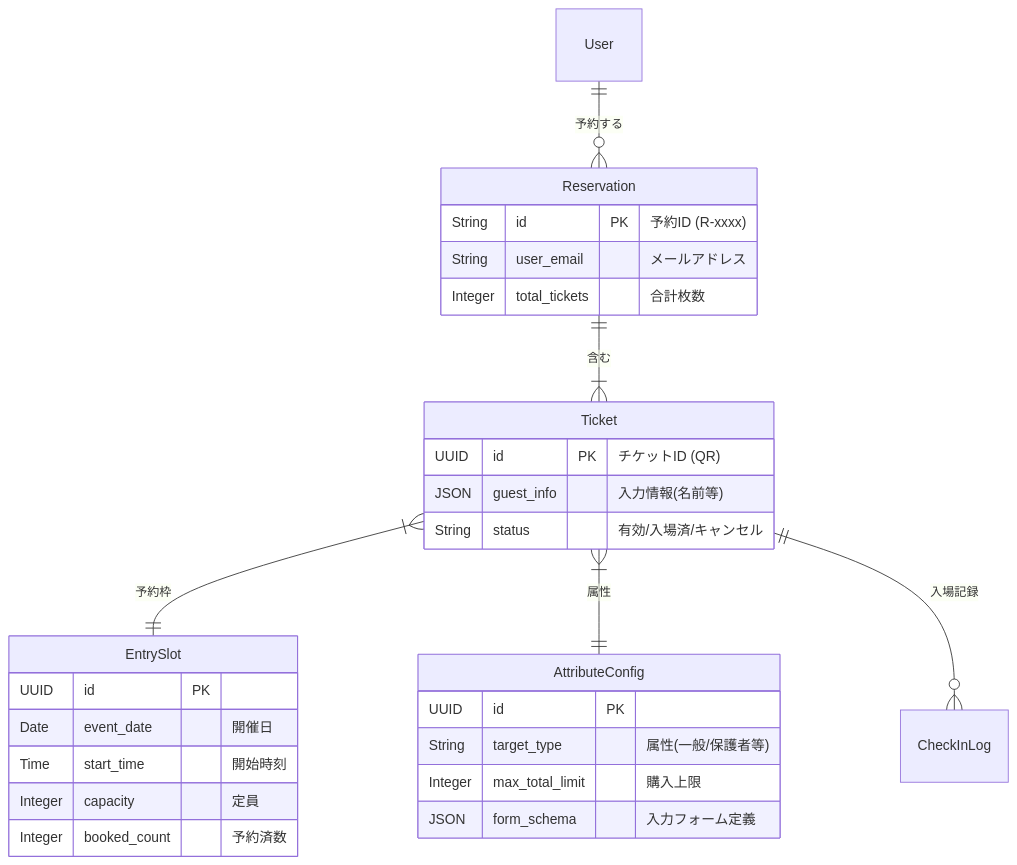
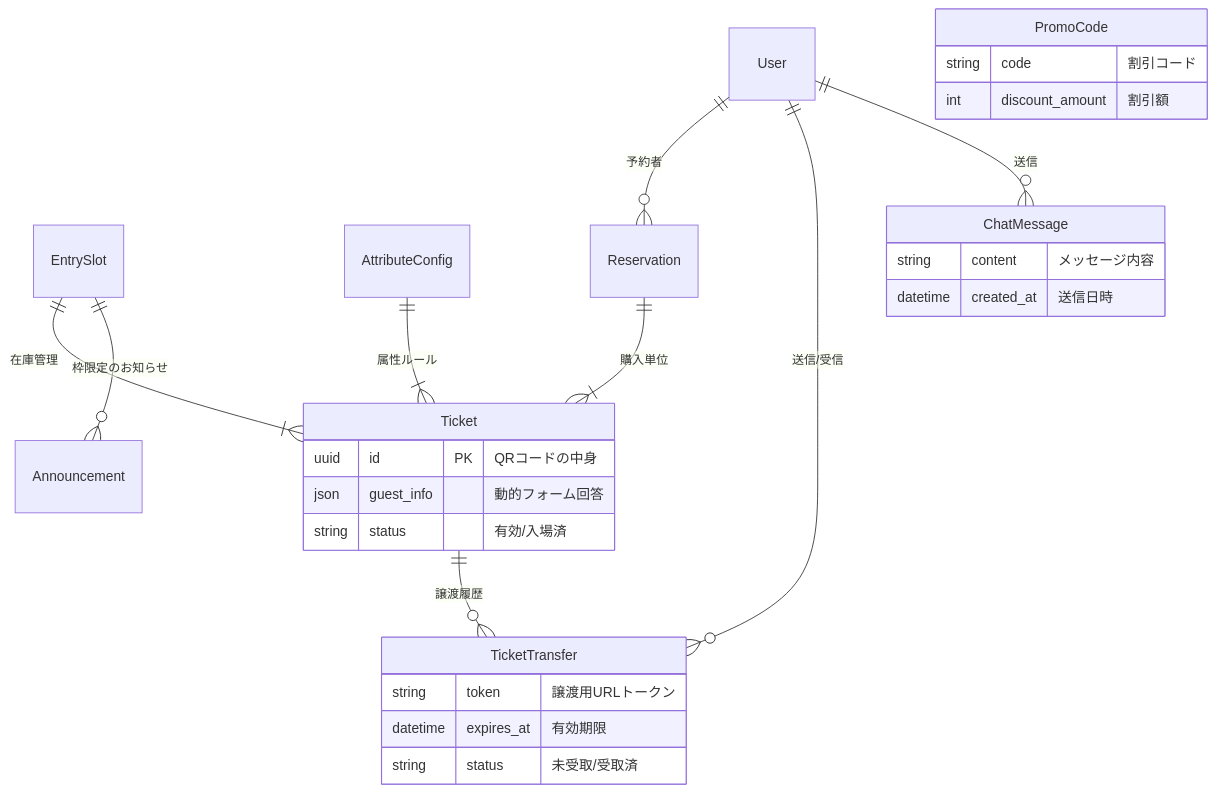
Before and after one commit to takumitakumiq/newness: the second of 4 diagrams in README.md, drawn with Mermaid. The commit also changed other lines of this file and 2 other files, not shown here.

Commit message:
Update documentation with comprehensive system details and diagrams

````diff
--- a/README.md
+++ b/README.md
@@ -92,37 +117,38 @@
 ```mermaid
 erDiagram
-    User ||--o{ Reservation : "予約する"
+    %% コア機能：予約
+    EntrySlot ||--|{ Ticket : "在庫管理"
+    AttributeConfig ||--|{ Ticket : "属性ルール"
+    Reservation ||--|{ Ticket : "購入単位"
+    User ||--o{ Reservation : "予約者"
     
-    Reservation ||--|{ Ticket : "含む"
-    
-    Ticket }|--|| EntrySlot : "予約枠"
-    Ticket }|--|| AttributeConfig : "属性"
-    Ticket ||--o{ CheckInLog : "入場記録"
-    
-    EntrySlot {
-        UUID id PK
-        Date event_date "開催日"
-        Time start_time "開始時刻"
-        Integer capacity "定員"
-        Integer booked_count "予約済数"
+    %% 機能：チケット
+    Ticket {
+        uuid id PK "QRコードの中身"
+        json guest_info "動的フォーム回答"
+        string status "有効/入場済"
     }
     
-    AttributeConfig {
-        UUID id PK
-        String target_type "属性(一般/保護者等)"
-        Integer max_total_limit "購入上限"
-        JSON form_schema "入力フォーム定義"
+    %% 機能：譲渡 (Transfer)
+    Ticket ||--o{ TicketTransfer : "譲渡履歴"
+    User ||--o{ TicketTransfer : "送信/受信"
+    TicketTransfer {
+        string token "譲渡用URLトークン"
+        datetime expires_at "有効期限"
+        string status "未受取/受取済"
     }
-    
-    Reservation {
-        String id PK "予約ID (R-xxxx)"
-        String user_email "メールアドレス"
-        Integer total_tickets "合計枚数"
+
+    %% 機能：スタッフチャット
+    User ||--o{ ChatMessage : "送信"
+    ChatMessage {
+        string content "メッセージ内容"
+        datetime created_at "送信日時"
     }
-    
-    Ticket {
-        UUID id PK "チケットID (QR)"
-        JSON guest_info "入力情報(名前等)"
-        String status "有効/入場済/キャンセル"
+
+    %% 機能：お知らせ & クーポン
+    EntrySlot ||--o{ Announcement : "枠限定のお知らせ"
+    PromoCode {
+        string code "割引コード"
+        int discount_amount "割引額"
     }
 ```
````
